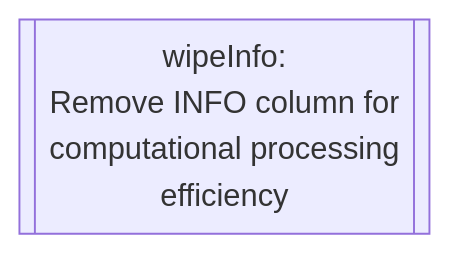
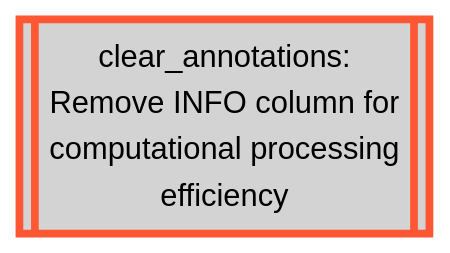
One commit to Tuks-ICMM/Pharmacogenetic-Analysis-Pipeline changed the second of 22 diagrams in docs/02-workflow/02-methodology-summary.md. Above: the diagram before and after it, drawn with Mermaid. The commit also changed other lines of this file, not shown here.

````diff
--- a/docs/02-workflow/02-methodology-summary.md
+++ b/docs/02-workflow/02-methodology-summary.md
@@ -227,4 +227,8 @@
   ```mermaid
   flowchart TD
-    wipeInfo[[wipeInfo:\nRemove INFO column for\ncomputational processing\n efficiency]]
+  
+    clear_annotations[[clear_annotations:\nRemove INFO column for\ncomputational processing\n efficiency]]
+  
+    classDef bcftools stroke:#FF5733,fill:#D3D3D3,stroke-width:4px,color:black;
+    class clear_annotations bcftools;
   ```
````
